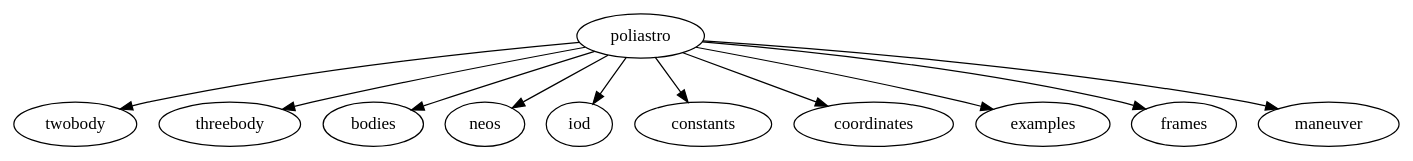
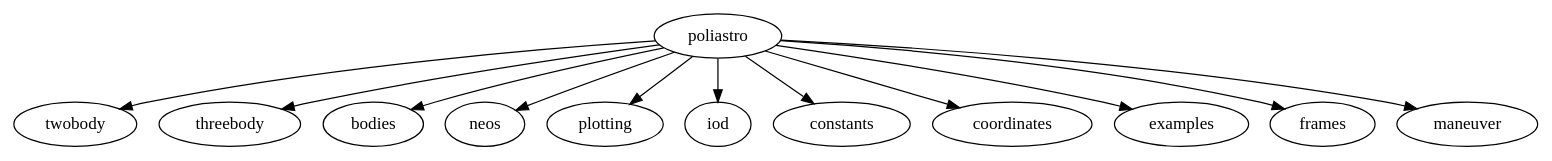
The diagram in docs/source/api/safe/safe_index.rst (poliastro/poliastro), drawn with Graphviz before and after one commit. The commit also changed other lines of this file and 5 other files, not shown here.

```diff
--- a/docs/source/api/safe/safe_index.rst
+++ b/docs/source/api/safe/safe_index.rst
@@ -9,7 +9,7 @@
 .. graphviz:: 
     
     digraph {
-        "poliastro" -> "twobody", "threebody", "bodies", "neos", "iod", "constants", "coordinates", "examples", "frames",
+        "poliastro" -> "twobody", "threebody", "bodies", "neos", "plotting", "iod", "constants", "coordinates", "examples", "frames",
                        "maneuver"
 
     }
```
